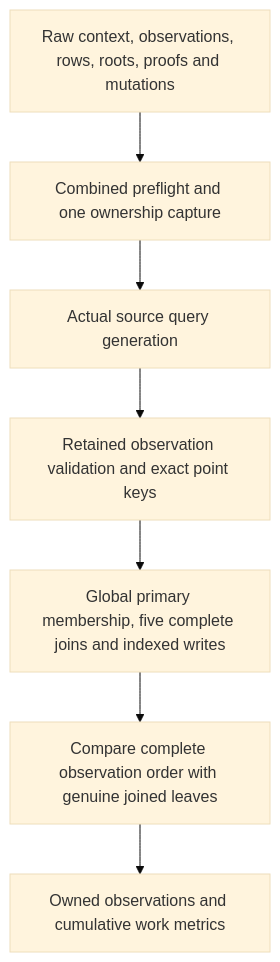
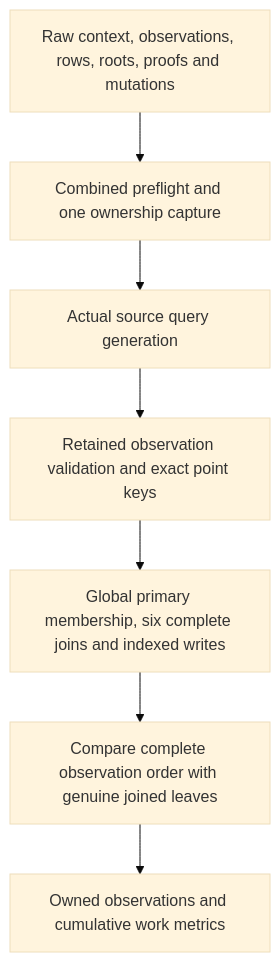
One commit to AndrewMohawk/catchplate changed the diagram in docs/authority-revocation-read-write.md. Above: the diagram before and after it, drawn with Mermaid (base theme). The commit also changed other lines of this file and 51 other files, not shown here.

````diff
--- a/docs/authority-revocation-read-write.md
+++ b/docs/authority-revocation-read-write.md
@@ -20,9 +20,9 @@
 ```mermaid
 flowchart TD
     A[Raw context, observations, rows, roots, proofs and mutations] --> B[Combined preflight and one ownership capture]
     B --> C[Actual source query generation]
     C --> D[Retained observation validation and exact point keys]
-    D --> E[Global primary membership, five complete joins and indexed writes]
+    D --> E[Global primary membership, six complete joins and indexed writes]
     E --> F[Compare complete observation order with genuine joined leaves]
     F --> G[Owned observations and cumulative work metrics]
 ```
````
